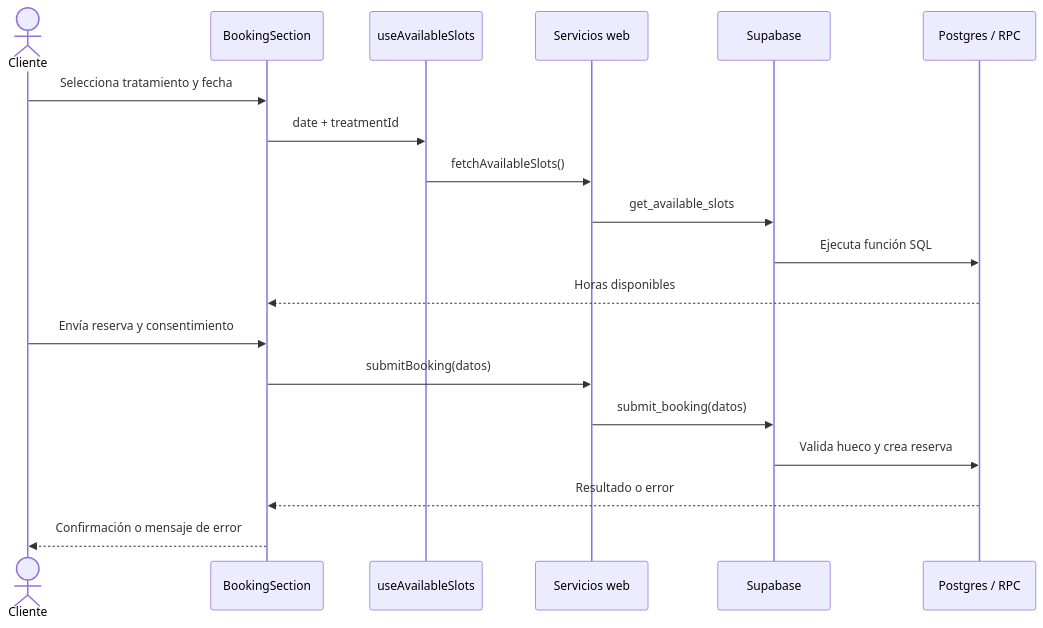
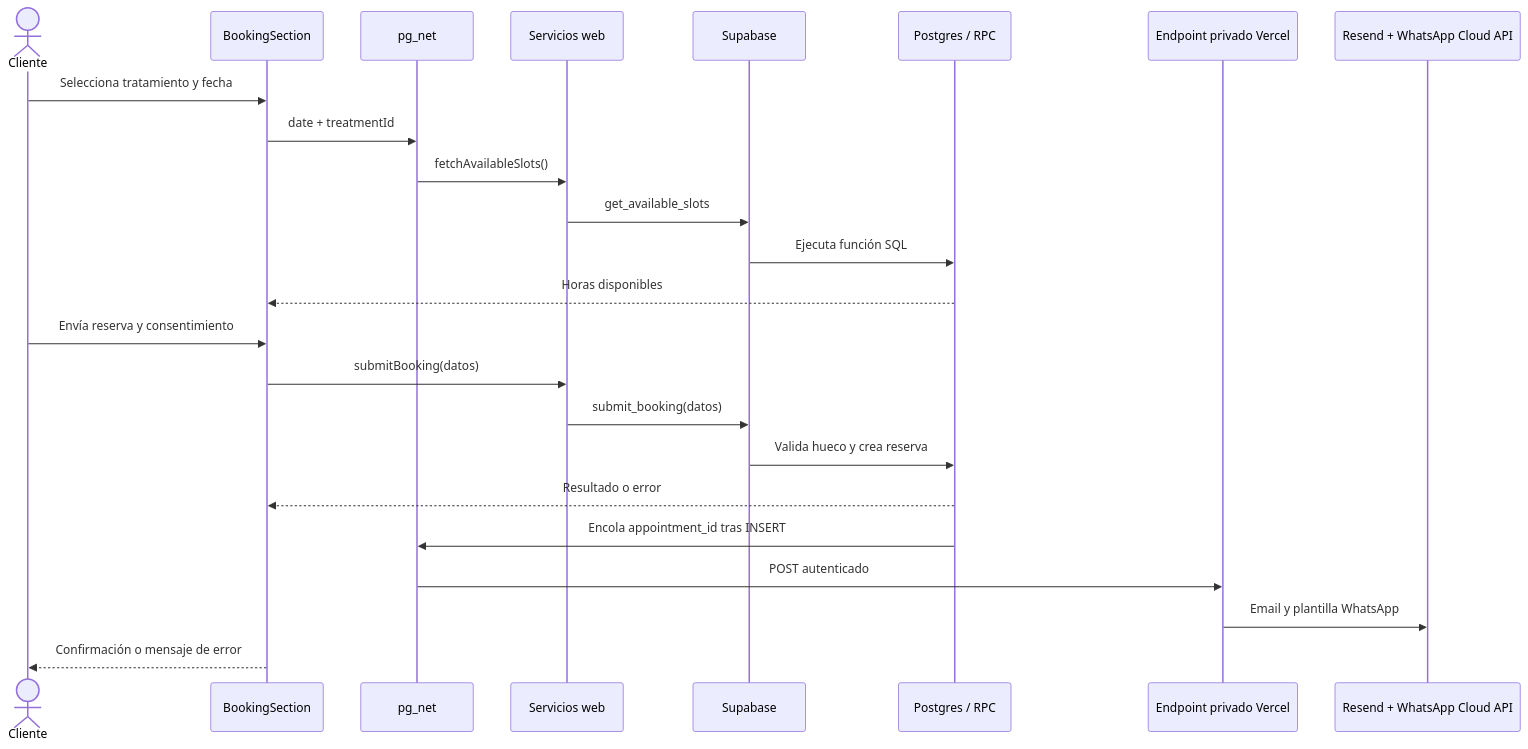
The first of 2 diagrams in docs/DATA-FLOW.md (lalego/aesthetica-web), drawn with Mermaid before and after one commit. The commit also changed other lines of this file and 7 other files, not shown here.

Commit message:
feat: notificaciones de nuevas reservas por email y WhatsApp

```diff
--- a/docs/DATA-FLOW.md
+++ b/docs/DATA-FLOW.md
@@ -11,22 +11,28 @@
 ~~~mermaid
 sequenceDiagram
     actor Cliente
     participant Formulario as BookingSection
     participant Hook as useAvailableSlots
     participant Servicio as Servicios web
     participant Supabase
     participant DB as Postgres / RPC
+    participant Hook as pg_net
+    participant API as Endpoint privado Vercel
+    participant Canales as Resend + WhatsApp Cloud API
 
     Cliente->>Formulario: Selecciona tratamiento y fecha
     Formulario->>Hook: date + treatmentId
     Hook->>Servicio: fetchAvailableSlots()
     Servicio->>Supabase: get_available_slots
     Supabase->>DB: Ejecuta función SQL
     DB-->>Formulario: Horas disponibles
     Cliente->>Formulario: Envía reserva y consentimiento
     Formulario->>Servicio: submitBooking(datos)
     Servicio->>Supabase: submit_booking(datos)
     Supabase->>DB: Valida hueco y crea reserva
     DB-->>Formulario: Resultado o error
+    DB->>Hook: Encola appointment_id tras INSERT
+    Hook->>API: POST autenticado
+    API->>Canales: Email y plantilla WhatsApp
     Formulario-->>Cliente: Confirmación o mensaje de error
 ~~~
```
